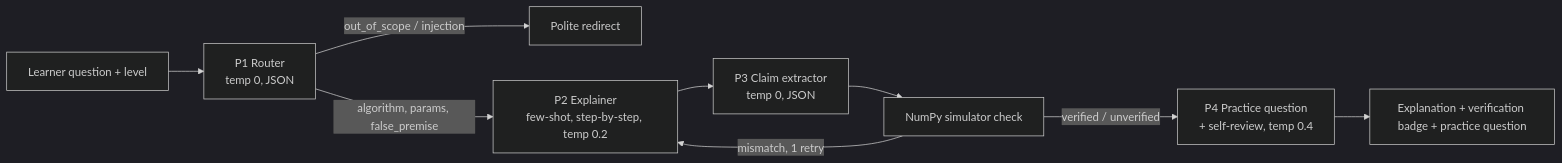
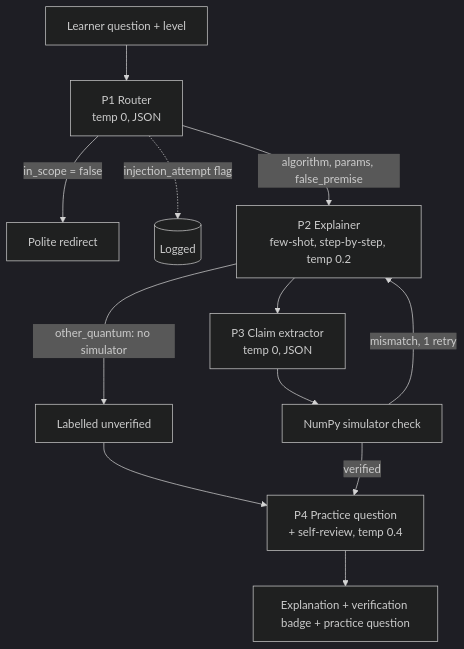
One commit to KingKartik9666/Prompt_Project changed the first of 4 diagrams in docs/diagrams.md. Above: the diagram before and after it, drawn with Mermaid (dark theme). The commit also changed other lines of this file and 22 other files, not shown here.

````diff
--- a/docs/diagrams.md
+++ b/docs/diagrams.md
@@ -4,11 +4,14 @@
 ```mermaid
-flowchart LR
+flowchart TB
     Q[Learner question + level] --> P1[P1 Router<br/>temp 0, JSON]
-    P1 -->|out_of_scope / injection| R[Polite redirect]
+    P1 -->|in_scope = false| R[Polite redirect]
+    P1 -.->|injection_attempt flag| L[(Logged)]
     P1 -->|algorithm, params, false_premise| P2[P2 Explainer<br/>few-shot, step-by-step, temp 0.2]
     P2 --> P3[P3 Claim extractor<br/>temp 0, JSON]
     P3 --> S[NumPy simulator check]
     S -->|mismatch, 1 retry| P2
-    S -->|verified / unverified| P4[P4 Practice question<br/>+ self-review, temp 0.4]
+    P2 -->|other_quantum: no simulator| U[Labelled unverified]
+    U --> P4
+    S -->|verified| P4[P4 Practice question<br/>+ self-review, temp 0.4]
     P4 --> O[Explanation + verification badge + practice question]
 ```
````
